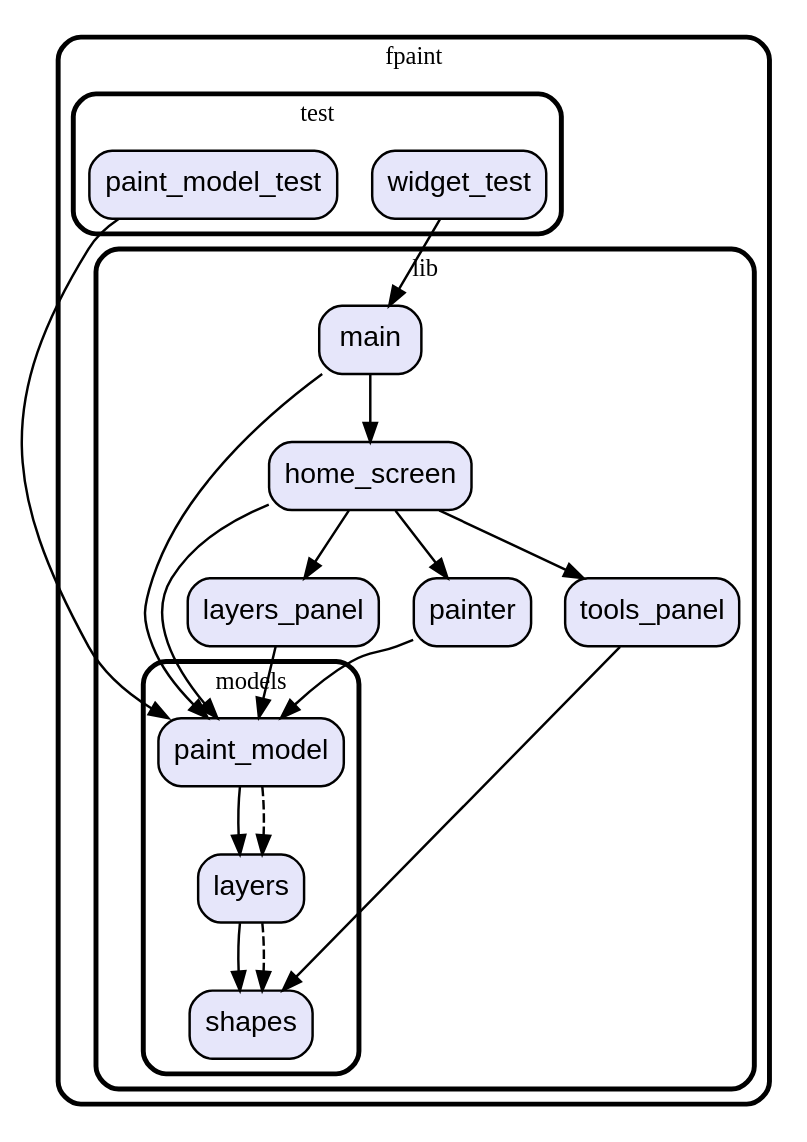
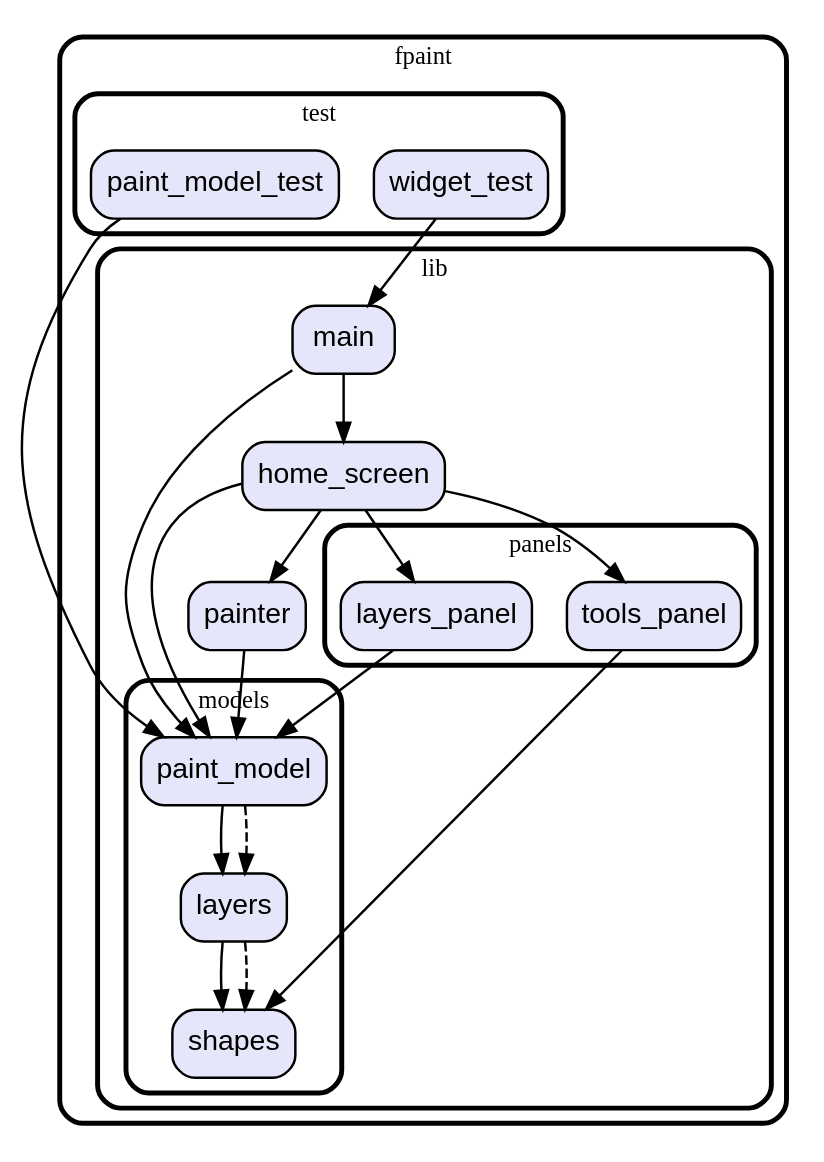
One commit to vteam-com/fPaint changed the diagram in graph.dot. Above: the diagram before and after it, drawn with Graphviz. The commit also changed 3 other files, not shown here.

Commit message:
tools and layers panels are now floating

```diff
--- a/graph.dot
+++ b/graph.dot
@@ -1,52 +1,55 @@
 digraph "" {
   graph [style=rounded fontname="Arial Black" fontsize=13 penwidth=2.6];
   node [shape=rect style="filled,rounded" fontname=Arial fontsize=15 fillcolor=Lavender penwidth=1.3];
   edge [penwidth=1.3];
   "/test/paint_model_test.dart" [label="paint_model_test"];
   "/test/widget_test.dart" [label="widget_test"];
-  "/lib/tools_panel.dart" [label="tools_panel"];
+  "/lib/panels/tools_panel.dart" [label="tools_panel"];
+  "/lib/panels/layers_panel.dart" [label="layers_panel"];
   "/lib/models/layers.dart" [label="layers"];
   "/lib/models/shapes.dart" [label="shapes"];
   "/lib/models/paint_model.dart" [label="paint_model"];
   "/lib/main.dart" [label="main"];
-  "/lib/layers_panel.dart" [label="layers_panel"];
   "/lib/painter.dart" [label="painter"];
   "/lib/home_screen.dart" [label="home_screen"];
   subgraph "cluster~" {
     label="fpaint";
     subgraph "cluster~/test" {
       label="test";
       "/test/paint_model_test.dart";
       "/test/widget_test.dart";
     }
     subgraph "cluster~/lib" {
       label="lib";
-      "/lib/tools_panel.dart";
       "/lib/main.dart";
-      "/lib/layers_panel.dart";
       "/lib/painter.dart";
       "/lib/home_screen.dart";
+      subgraph "cluster~/lib/panels" {
+        label="panels";
+        "/lib/panels/tools_panel.dart";
+        "/lib/panels/layers_panel.dart";
+      }
       subgraph "cluster~/lib/models" {
         label="models";
         "/lib/models/layers.dart";
         "/lib/models/shapes.dart";
         "/lib/models/paint_model.dart";
       }
     }
   }
   "/test/paint_model_test.dart" -> "/lib/models/paint_model.dart";
   "/test/widget_test.dart" -> "/lib/main.dart";
-  "/lib/tools_panel.dart" -> "/lib/models/shapes.dart";
+  "/lib/panels/tools_panel.dart" -> "/lib/models/shapes.dart";
+  "/lib/panels/layers_panel.dart" -> "/lib/models/paint_model.dart";
   "/lib/models/layers.dart" -> "/lib/models/shapes.dart";
   "/lib/models/layers.dart" -> "/lib/models/shapes.dart" [style=dashed];
   "/lib/models/paint_model.dart" -> "/lib/models/layers.dart";
   "/lib/models/paint_model.dart" -> "/lib/models/layers.dart" [style=dashed];
   "/lib/main.dart" -> "/lib/home_screen.dart";
   "/lib/main.dart" -> "/lib/models/paint_model.dart";
-  "/lib/layers_panel.dart" -> "/lib/models/paint_model.dart";
   "/lib/painter.dart" -> "/lib/models/paint_model.dart";
-  "/lib/home_screen.dart" -> "/lib/layers_panel.dart";
-  "/lib/home_screen.dart" -> "/lib/tools_panel.dart";
+  "/lib/home_screen.dart" -> "/lib/panels/layers_panel.dart";
+  "/lib/home_screen.dart" -> "/lib/panels/tools_panel.dart";
   "/lib/home_screen.dart" -> "/lib/models/paint_model.dart";
   "/lib/home_screen.dart" -> "/lib/painter.dart";
 }
```
